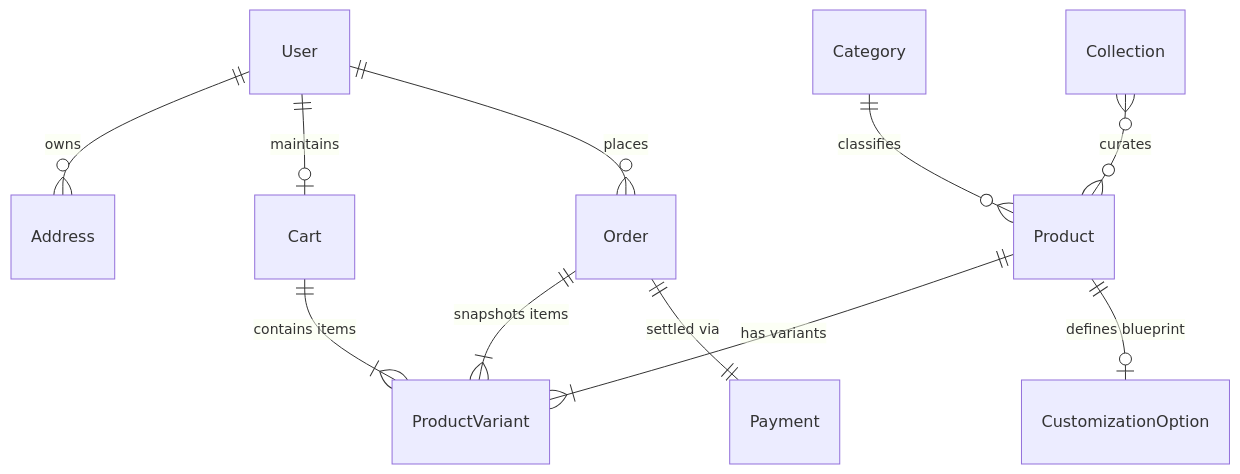
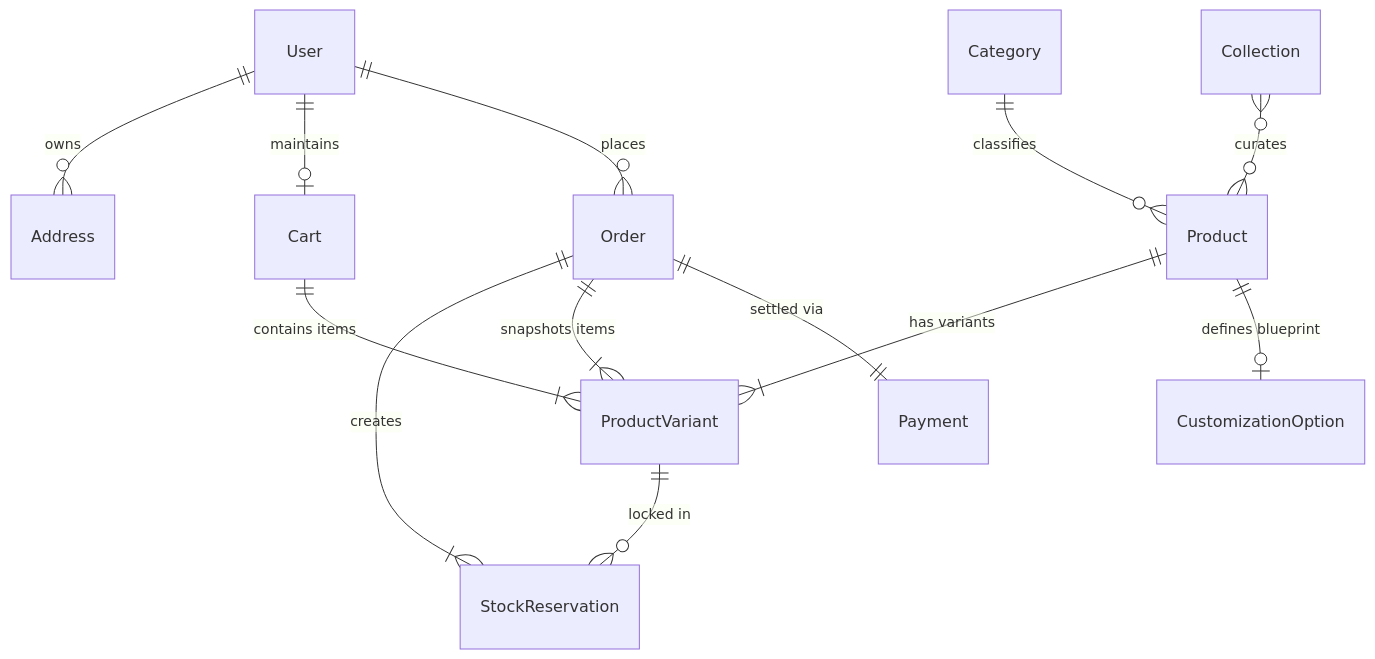
The second of 2 diagrams in docs/DATABASE_SCHEMA.md (AshishCodes-dev/aurevella-luxury-footwear), drawn with Mermaid before and after one commit. The commit also changed other lines of this file and 4 other files, not shown here.

````diff
--- a/docs/DATABASE_SCHEMA.md
+++ b/docs/DATABASE_SCHEMA.md
@@ -261,13 +320,15 @@
 ```mermaid
 erDiagram
     User ||--o{ Address : "owns"
     User ||--o| Cart : "maintains"
     User ||--o{ Order : "places"
     Category ||--o{ Product : "classifies"
     Collection }o--o{ Product : "curates"
     Product ||--|{ ProductVariant : "has variants"
     Product ||--o| CustomizationOption : "defines blueprint"
+    ProductVariant ||--o{ StockReservation : "locked in"
+    Order ||--|{ StockReservation : "creates"
     Cart ||--|{ ProductVariant : "contains items"
     Order ||--|{ ProductVariant : "snapshots items"
     Order ||--|| Payment : "settled via"
 ```
````
